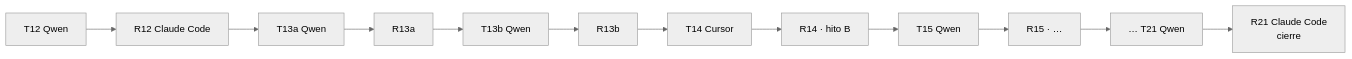
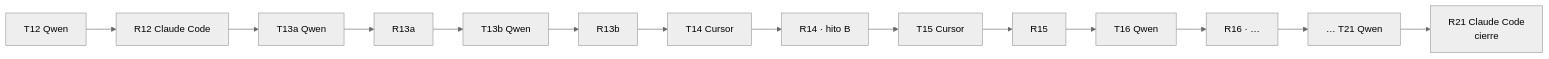
The first of 2 diagrams in data-quality/PLAN.md (bigfito/elastiflix-reloaded), drawn with Mermaid (neutral theme) before and after one commit. The commit also changed other lines of this file and 2 other files, not shown here.

First line of the commit message:
Pasa a Cursor los turnos de Java 15 y 18 (P-14)

````diff
--- a/data-quality/PLAN.md
+++ b/data-quality/PLAN.md
@@ -85,5 +85,5 @@
 ```mermaid
 flowchart LR
   Q12["T12 Qwen"] --> R12["R12 Claude Code"] --> Q13a["T13a Qwen"] --> R13a["R13a"] --> Q13b["T13b Qwen"] --> R13b["R13b"] --> C14["T14 Cursor"] --> R14["R14 · hito B"]
-  R14 --> Q15["T15 Qwen"] --> R15["R15 · …"] --> F["… T21 Qwen"] --> R21["R21 Claude Code<br/>cierre"]
+  R14 --> C15["T15 Cursor"] --> R15["R15"] --> Q16["T16 Qwen"] --> R16["R16 · …"] --> F["… T21 Qwen"] --> R21["R21 Claude Code<br/>cierre"]
 ```
````
